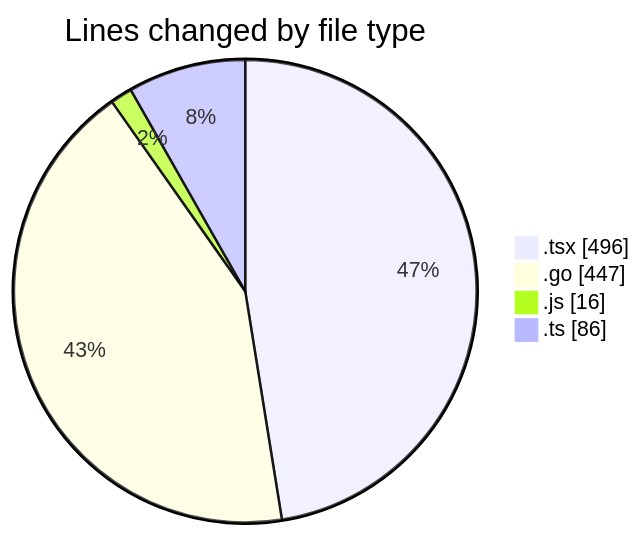
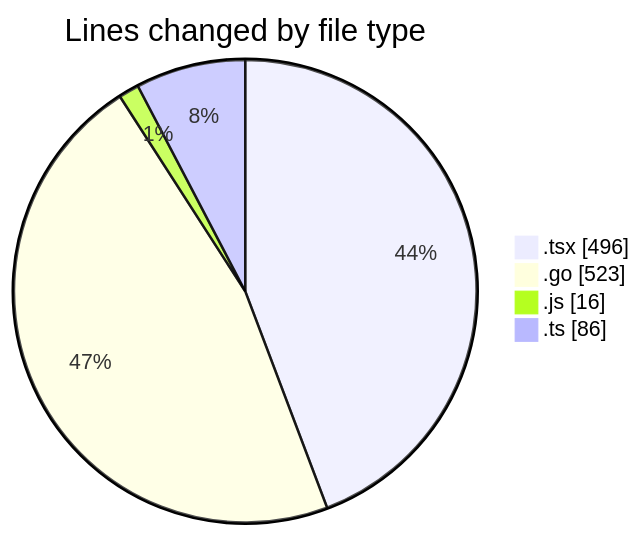
Before and after one commit to robertbonfada/code-tracking: the first of 2 diagrams in 2025-03-04/termonied_testador/README.md, drawn with Mermaid. The commit also changed other lines of this file and 1 other file, not shown here.

````diff
--- a/2025-03-04/termonied_testador/README.md
+++ b/2025-03-04/termonied_testador/README.md
@@ -26,8 +26,8 @@
 ```mermaid
 pie showData
 title Lines changed by file type
 ".tsx" : 496
-".go" : 447
+".go" : 523
 ".js" : 16
 ".ts" : 86
 ```
````
